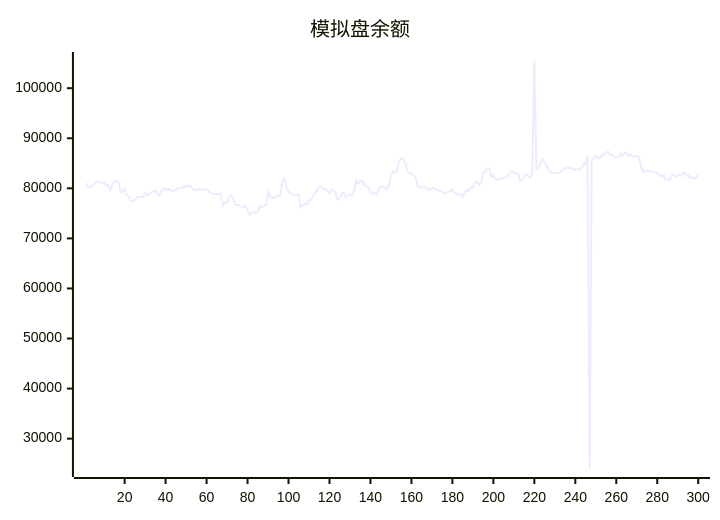
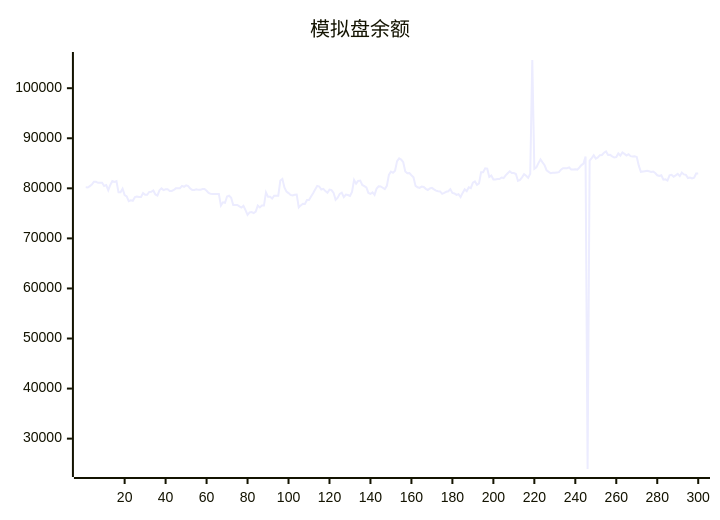
The diagram in README.md (aahl/ai-trading), drawn with Mermaid before and after one commit. The commit also changed other lines of this file and 1 other file, not shown here.

````diff
--- a/README.md
+++ b/README.md
@@ -5,5 +5,5 @@
 ```mermaid
 xychart
     title "模拟盘余额"
-    line [81067,80191,80155,80450,80737,81309,81309,81106,81119,81119,80471,80631,79624,80670,81448,81290,81429,79212,79222,79940,78643,78380,77432,77623,77504,78235,78358,78284,78277,79048,78714,78714,79290,79308,79567,78763,78563,79603,79988,79652,79813,79813,79476,79469,79673,79995,80015,80015,80486,80314,80600,80436,79966,79689,79689,79819,79692,79692,79850,79850,79518,79071,78889,78850,78850,78878,78878,76554,77202,77103,78357,78510,78106,76678,76677,76672,76411,76159,76485,75656,74695,75197,75246,75052,75334,76564,76179,76553,76551,79196,78300,78300,77944,78531,78531,78521,81564,81884,80160,79335,79055,78675,78580,78708,78764,76179,76586,76902,76876,77658,77669,78346,79023,79769,80497,80366,79761,79896,79448,79126,79749,79658,79097,77695,78114,78888,79126,78249,78738,78653,78478,79271,81680,80923,81488,81527,80681,80455,80190,79084,78879,79193,78686,79954,80403,80374,80118,79848,80491,82665,83351,83098,83525,85430,85983,85737,85221,83378,83014,83043,82613,82216,80477,80208,80081,80348,80277,79894,79670,79965,80093,79786,79542,79406,79371,78893,79087,79304,79406,79841,79072,78978,78696,78846,78272,79085,79787,79442,80198,80031,81120,81379,80718,80985,83214,83212,83993,83921,82270,82547,81776,81776,81866,81866,82158,82061,82596,83000,83408,83041,83050,82858,81503,81691,82188,82812,82517,82092,82901,105633,83898,84180,85030,85781,85178,84604,83569,83298,83008,83093,83107,83175,83228,83729,84025,84017,84019,84177,83775,83762,83785,83738,84160,84639,84939,86370,23934,85548,86046,86599,85942,86161,86622,86664,87115,87369,86666,86685,86384,86152,86243,86969,86548,87164,86885,86566,86809,86427,86348,86417,86273,84538,83299,83369,83430,83490,83404,83270,83362,83056,82605,82459,82614,81734,81788,81551,82598,82702,82320,82580,82878,82426,83139,82778,82686,82056,82166,81963,82110,82951]
+    line [80191,80155,80450,80737,81309,81309,81106,81119,81119,80471,80631,79624,80670,81448,81290,81429,79212,79222,79940,78643,78380,77432,77623,77504,78235,78358,78284,78277,79048,78714,78714,79290,79308,79567,78763,78563,79603,79988,79652,79813,79813,79476,79469,79673,79995,80015,80015,80486,80314,80600,80436,79966,79689,79689,79819,79692,79692,79850,79850,79518,79071,78889,78850,78850,78878,78878,76554,77202,77103,78357,78510,78106,76678,76677,76672,76411,76159,76485,75656,74695,75197,75246,75052,75334,76564,76179,76553,76551,79196,78300,78300,77944,78531,78531,78521,81564,81884,80160,79335,79055,78675,78580,78708,78764,76179,76586,76902,76876,77658,77669,78346,79023,79769,80497,80366,79761,79896,79448,79126,79749,79658,79097,77695,78114,78888,79126,78249,78738,78653,78478,79271,81680,80923,81488,81527,80681,80455,80190,79084,78879,79193,78686,79954,80403,80374,80118,79848,80491,82665,83351,83098,83525,85430,85983,85737,85221,83378,83014,83043,82613,82216,80477,80208,80081,80348,80277,79894,79670,79965,80093,79786,79542,79406,79371,78893,79087,79304,79406,79841,79072,78978,78696,78846,78272,79085,79787,79442,80198,80031,81120,81379,80718,80985,83214,83212,83993,83921,82270,82547,81776,81776,81866,81866,82158,82061,82596,83000,83408,83041,83050,82858,81503,81691,82188,82812,82517,82092,82901,105633,83898,84180,85030,85781,85178,84604,83569,83298,83008,83093,83107,83175,83228,83729,84025,84017,84019,84177,83775,83762,83785,83738,84160,84639,84939,86370,23934,85548,86046,86599,85942,86161,86622,86664,87115,87369,86666,86685,86384,86152,86243,86969,86548,87164,86885,86566,86809,86427,86348,86417,86273,84538,83299,83369,83430,83490,83404,83270,83362,83056,82605,82459,82614,81734,81788,81551,82598,82702,82320,82580,82878,82426,83139,82778,82686,82056,82166,81963,82110,82951,82983]
 ```
````
